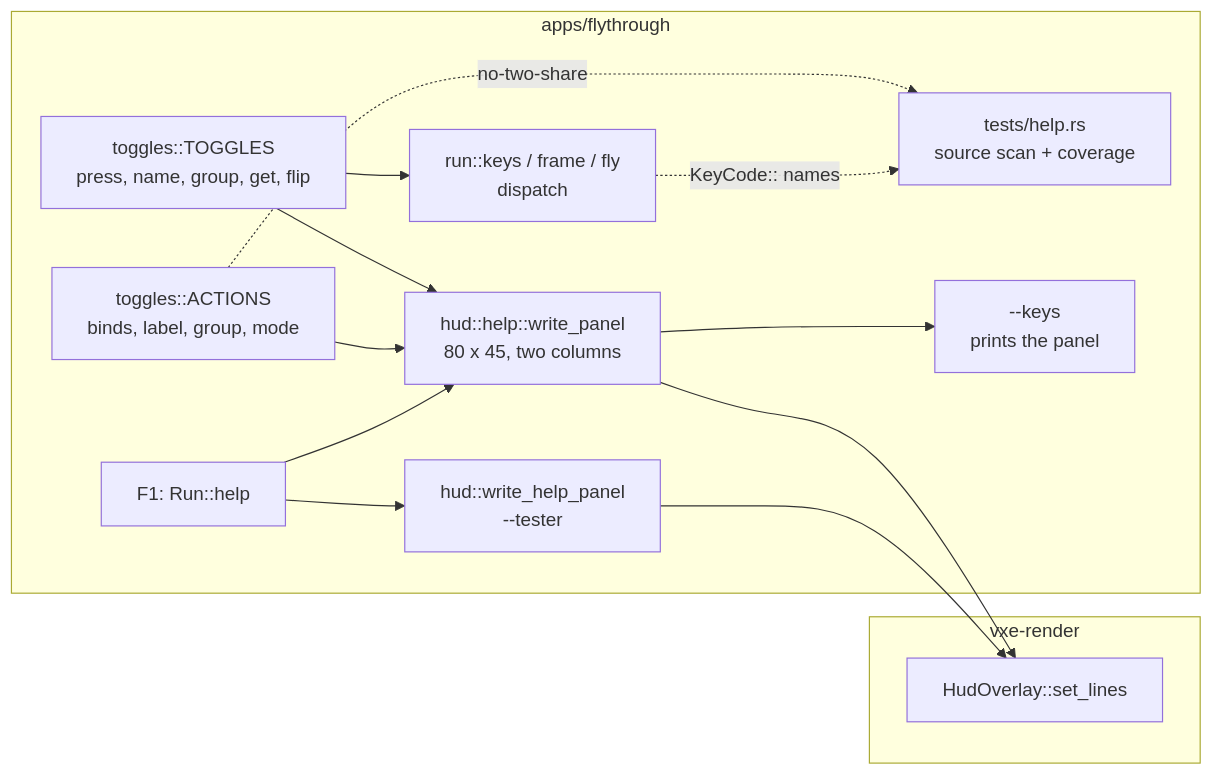
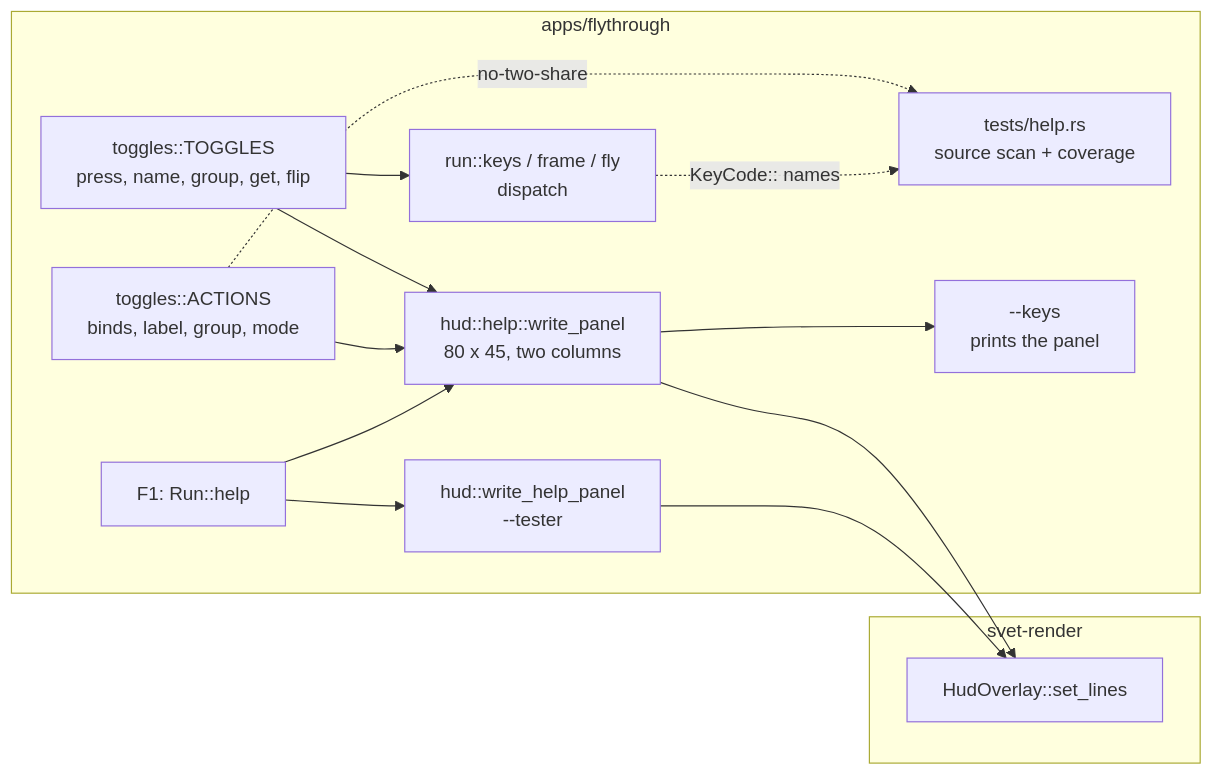
Before and after one commit to IgorKonovalov/voxel-engine: the diagram in docs/plans/0076-a-key-help-overlay-for-the-fly-through-from-the-key-table.md, drawn with Mermaid. The commit also changed other lines of this file and 53 other files, not shown here.

````diff
--- a/docs/plans/0076-a-key-help-overlay-for-the-fly-through-from-the-key-table.md
+++ b/docs/plans/0076-a-key-help-overlay-for-the-fly-through-from-the-key-table.md
@@ -104,26 +104,26 @@
 ```mermaid
 flowchart LR
     subgraph flythrough["apps/flythrough"]
         T[toggles::TOGGLES<br/>press, name, group, get, flip]
         A[toggles::ACTIONS<br/>binds, label, group, mode]
         K[run::keys / frame / fly<br/>dispatch]
         F[F1: Run::help]
         H[hud::help::write_panel<br/>80 x 45, two columns]
         W[hud::write_help_panel<br/>--tester]
         S[tests/help.rs<br/>source scan + coverage]
         P[--keys<br/>prints the panel]
     end
-    subgraph render["vxe-render"]
+    subgraph render["svet-render"]
         O[HudOverlay::set_lines]
     end
     T --> K
     T --> H
     A --> H
     A -.no-two-share.-> S
     K -.KeyCode:: names.-> S
     F --> H
     F --> W
     H --> O
     W --> O
     H --> P
 ```
````
